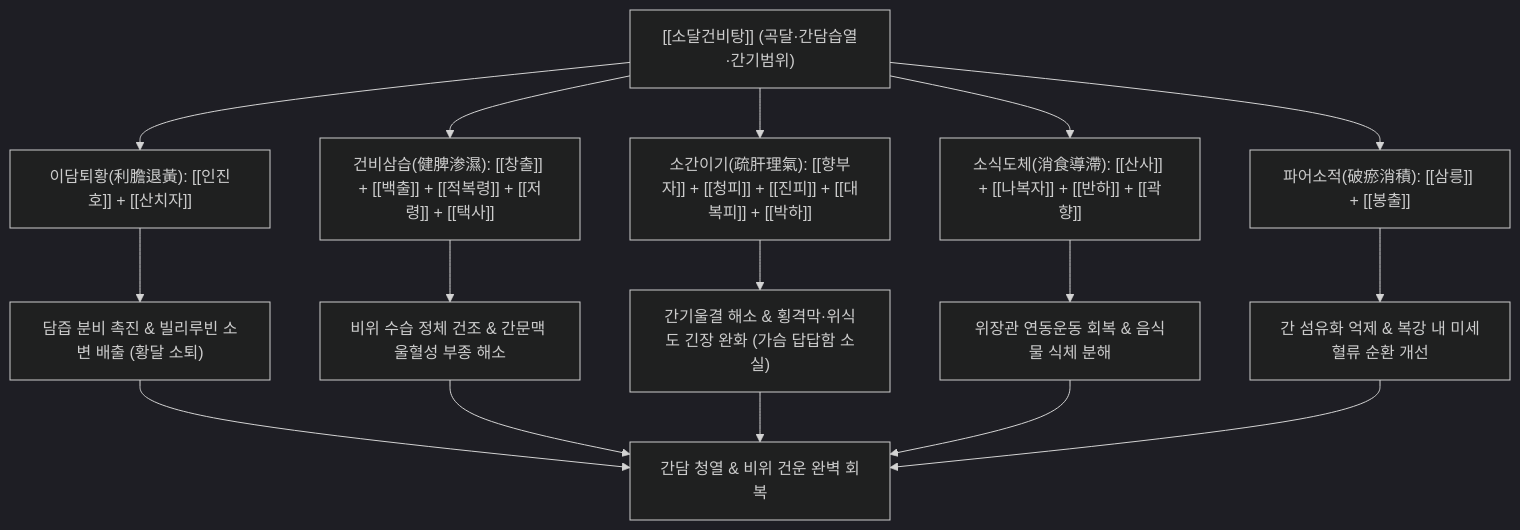
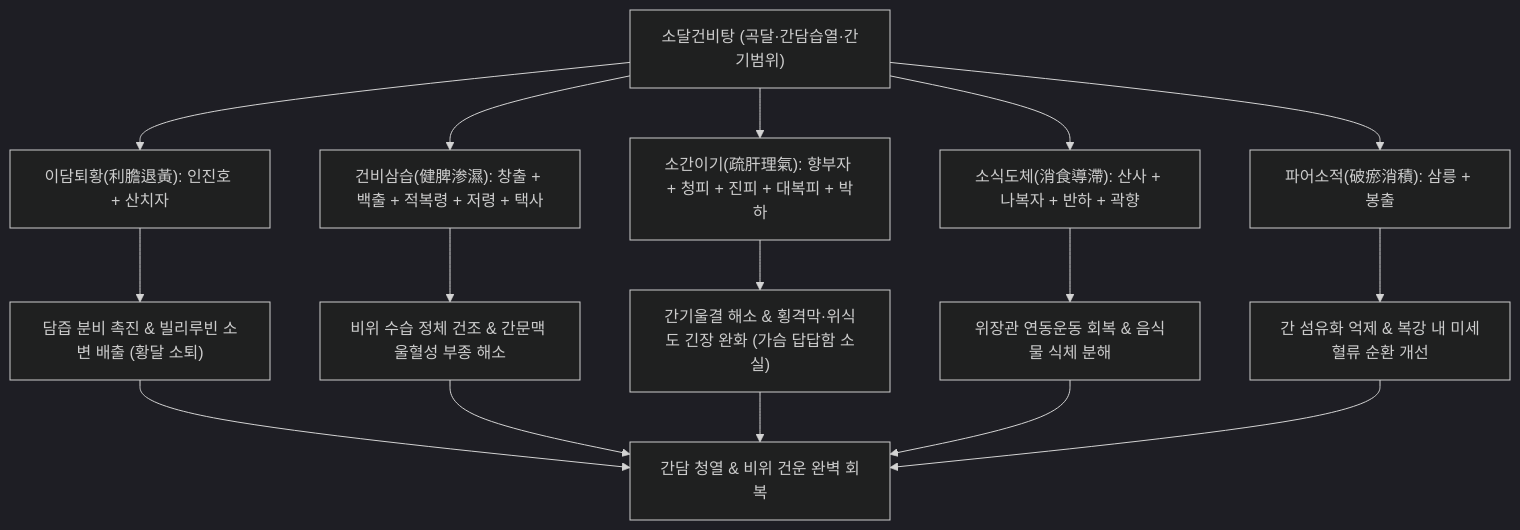
One commit to simbio11/simbio-digital-garden2 changed the diagram in content/2. 약리 공부/처방/03_화담·거습·이수제/소달건비탕.md. Above: the diagram before and after it, drawn with Mermaid (dark theme). The commit also changed other lines of this file and 323 other files, not shown here.

````diff
--- a/content/2. 약리 공부/처방/03_화담·거습·이수제/소달건비탕.md
+++ b/content/2. 약리 공부/처방/03_화담·거습·이수제/소달건비탕.md
@@ -57,16 +58,16 @@
 ```mermaid
 graph TD
-    A["[[소달건비탕]] (곡달·간담습열·간기범위)"] --> B["이담퇴황(利膽退黃): [[인진호]] + [[산치자]]"]
-    A --> C["건비삼습(健脾渗濕): [[창출]] + [[백출]] + [[적복령]] + [[저령]] + [[택사]]"]
-    A --> D["소간이기(疏肝理氣): [[향부자]] + [[청피]] + [[진피]] + [[대복피]] + [[박하]]"]
-    A --> E["소식도체(消食導滯): [[산사]] + [[나복자]] + [[반하]] + [[곽향]]"]
-    A --> F["파어소적(破瘀消積): [[삼릉]] + [[봉출]]"]
+    A["소달건비탕 (곡달·간담습열·간기범위)"] --> B["이담퇴황(利膽退黃): 인진호 + 산치자"]
+    A --> C["건비삼습(健脾渗濕): 창출 + 백출 + 적복령 + 저령 + 택사"]
+    A --> D["소간이기(疏肝理氣): 향부자 + 청피 + 진피 + 대복피 + 박하"]
+    A --> E["소식도체(消食導滯): 산사 + 나복자 + 반하 + 곽향"]
+    A --> F["파어소적(破瘀消積): 삼릉 + 봉출"]
 
     B --> G["담즙 분비 촉진 & 빌리루빈 소변 배출 (황달 소퇴)"]
     C --> H["비위 수습 정체 건조 & 간문맥 울혈성 부종 해소"]
     D --> I["간기울결 해소 & 횡격막·위식도 긴장 완화 (가슴 답답함 소실)"]
     E --> J["위장관 연동운동 회복 & 음식물 식체 분해"]
     F --> K["간 섬유화 억제 & 복강 내 미세혈류 순환 개선"]
 
     G & H & I & J & K --> L["간담 청열 & 비위 건운 완벽 회복"]
 ```
````
